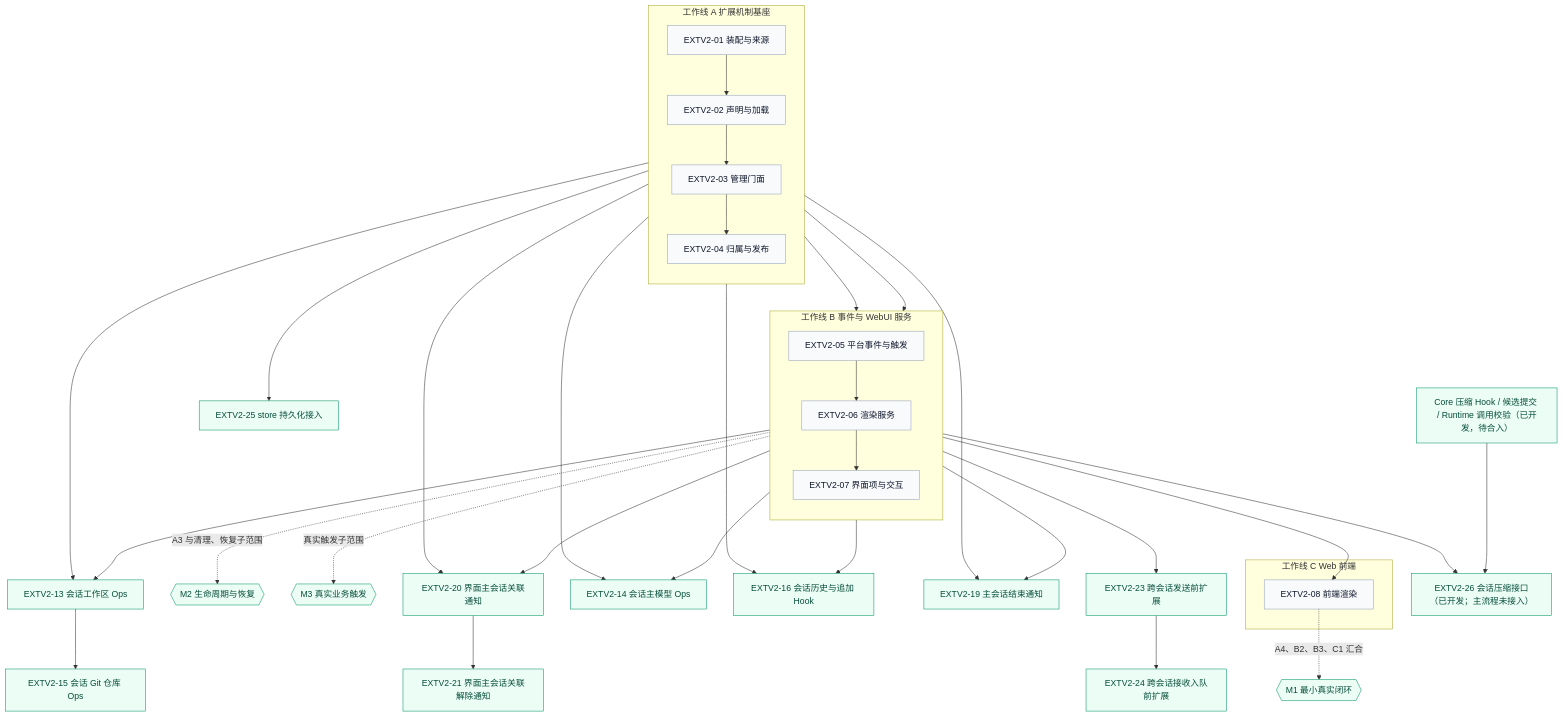
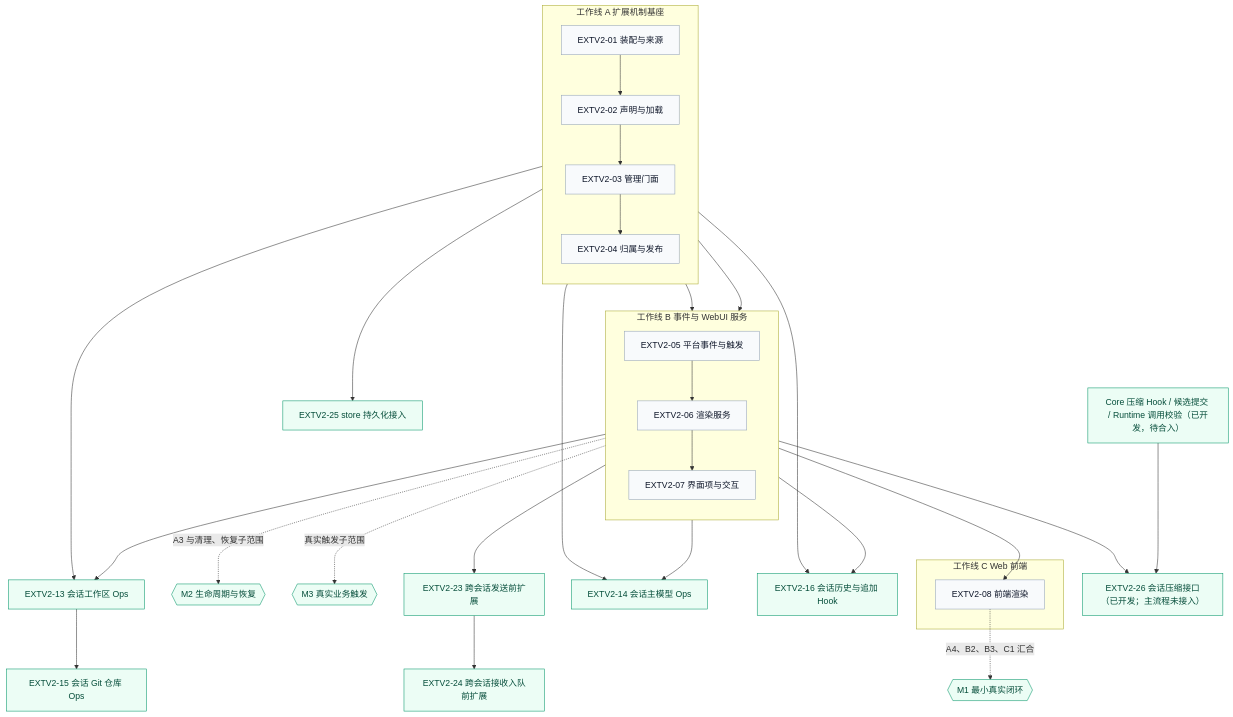
One commit to openJiuwen-ai/jiuwenswarm changed the first of 2 diagrams in jiuwenswarm/extensions_v2/docs/designs/extensions-v2-development-plan.md. Above: the diagram before and after it, drawn with Mermaid. The commit also changed other lines of this file and 38 other files, not shown here.

````diff
--- a/jiuwenswarm/extensions_v2/docs/designs/extensions-v2-development-plan.md
+++ b/jiuwenswarm/extensions_v2/docs/designs/extensions-v2-development-plan.md
@@ -463,56 +465,51 @@
 ```mermaid
 flowchart TB
     subgraph WA["工作线 A 扩展机制基座"]
         direction TB
         A1["EXTV2-01 装配与来源"] --> A2["EXTV2-02 声明与加载"]
         A2 --> A3["EXTV2-03 管理门面"]
         A3 --> A4["EXTV2-04 归属与发布"]
     end
 
     subgraph WB["工作线 B 事件与 WebUI 服务"]
         direction TB
         B1["EXTV2-05 平台事件与触发"] --> B2["EXTV2-06 渲染服务"]
         B2 --> B3["EXTV2-07 界面项与交互"]
     end
 
     subgraph WC["工作线 C Web 前端"]
         C1["EXTV2-08 前端渲染"]
     end
 
     M1{{"M1 最小真实闭环"}}
     M2{{"M2 生命周期与恢复"}}
     M3{{"M3 真实业务触发"}}
 
     WA ~~~ WB
     WB ~~~ WC
 
     A1 --> B1
     A1 --> S13["EXTV2-13 会话工作区 Ops"]
     B1 --> S13
     A1 --> S14["EXTV2-14 会话主模型 Ops"]
     B1 --> S14
     S13 --> S15["EXTV2-15 会话 Git 仓库 Ops"]
     A1 --> S16["EXTV2-16 会话历史与追加 Hook"]
     B1 --> S16
-    A3 --> S19["EXTV2-19 主会话结束通知"]
-    B1 --> S19
-    A3 --> S20["EXTV2-20 界面主会话关联通知"]
-    B1 --> S20
-    S20 --> S21["EXTV2-21 界面主会话关联解除通知"]
     B1 --> S23["EXTV2-23 跨会话发送前扩展"]
     S23 --> S24["EXTV2-24 跨会话接收入队前扩展"]
     A3 --> S25["EXTV2-25 store 持久化接入"]
     CORE_COMPACT["Core 压缩 Hook / 候选提交 / Runtime 调用校验（已开发，待合入）"] --> S26["EXTV2-26 会话压缩接口（已开发；主流程未接入）"]
     B1 --> S26
     A4 --> B3
     B3 --> C1
 
     C1 -.->|"A4、B2、B3、C1 汇合"| M1
     B3 -.->|"A3 与清理、恢复子范围"| M2
     B1 -.->|"真实触发子范围"| M3
 
     classDef item fill:#f8fafc,stroke:#94a3b8,color:#0f172a;
     classDef node fill:#ecfdf5,stroke:#059669,color:#064e3b;
     class A1,A2,A3,A4,B1,B2,B3,C1 item;
     class M1,M2,M3 node;
 ```
````
